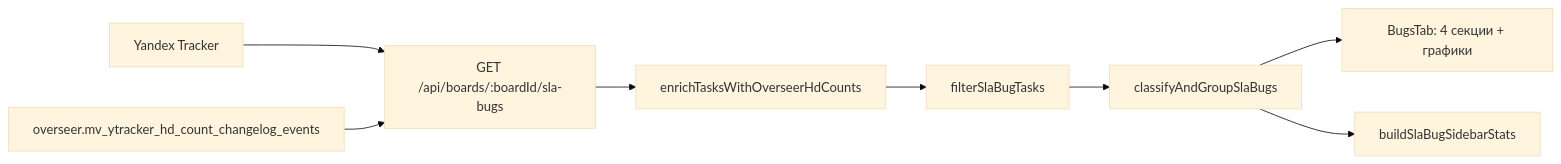
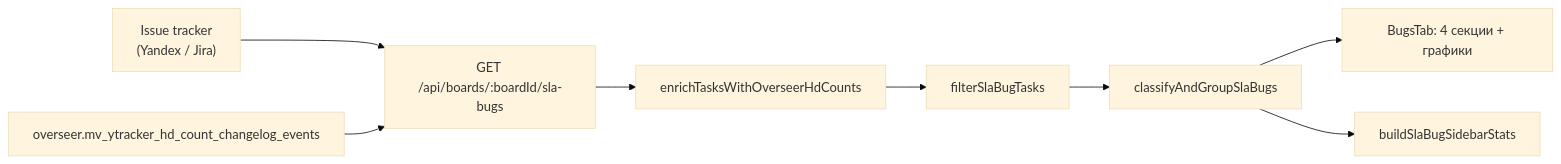
Before and after one commit to Dinkimom/beer-tracker: the diagram in docs/SLA_BUGS_TAB.md, drawn with Mermaid (base theme). The commit also changed 10 other files, not shown here.

````diff
--- a/docs/SLA_BUGS_TAB.md
+++ b/docs/SLA_BUGS_TAB.md
@@ -25,10 +25,10 @@
 ```mermaid
 flowchart LR
-  Tracker["Yandex Tracker"] --> API["GET /api/boards/:boardId/sla-bugs"]
+  Tracker["Issue tracker\n(Yandex / Jira)"] --> API["GET /api/boards/:boardId/sla-bugs"]
   Overseer["overseer.mv_ytracker_hd_count_changelog_events"] --> API
   API --> Enrich["enrichTasksWithOverseerHdCounts"]
   Enrich --> Filter["filterSlaBugTasks"]
   Filter --> Classify["classifyAndGroupSlaBugs"]
   Classify --> UI["BugsTab: 4 секции + графики"]
   Classify --> Stats["buildSlaBugSidebarStats"]
 ```
````
